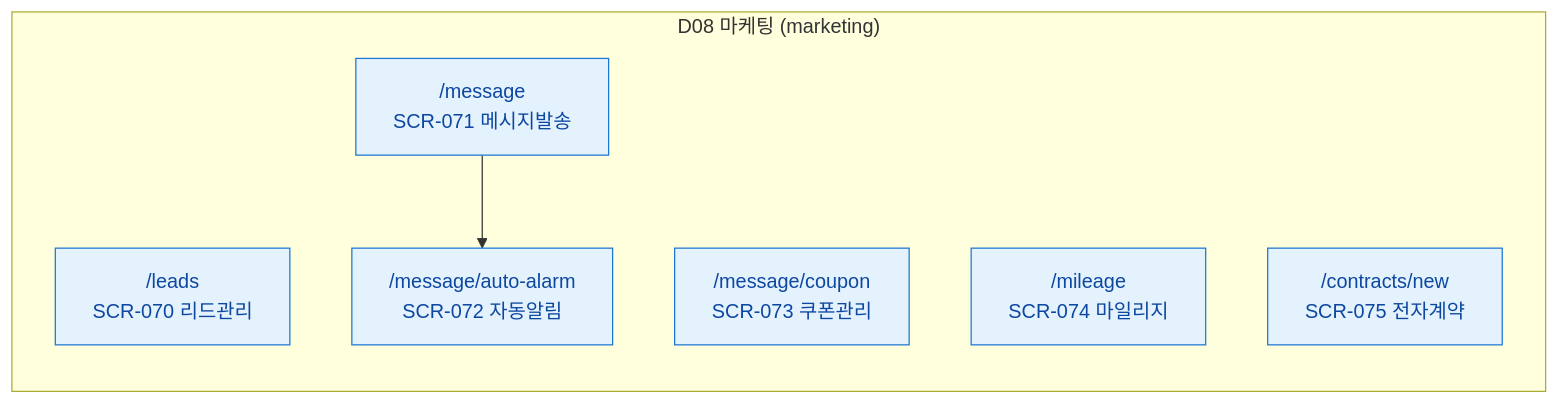
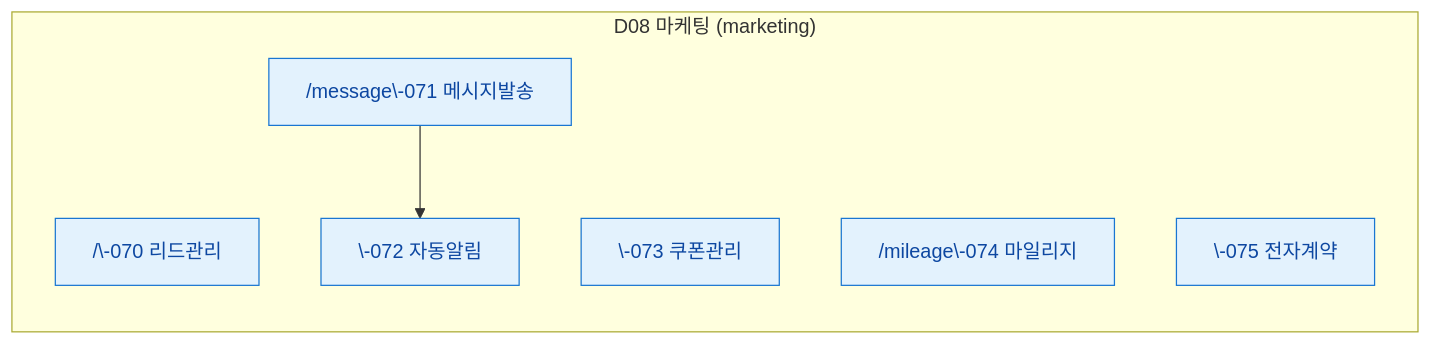
Before and after one commit to dev-spogym/admin-pando: the ninth of 11 diagrams in docs/다이어그램/00_사이트맵/N2_도메인별_사이트맵.md, drawn with Mermaid. The commit also changed other lines of this file and 1660 other files, not shown here.

First line of the commit message:
다이어그램: 기획자/클라이언트 납품본으로 정리

````diff
--- a/docs/다이어그램/00_사이트맵/N2_도메인별_사이트맵.md
+++ b/docs/다이어그램/00_사이트맵/N2_도메인별_사이트맵.md
@@ -222,16 +219,16 @@
 ```mermaid
 flowchart LR
     subgraph D08["D08 마케팅 (marketing)"]
-        SCR070["/leads\nSCR-070 리드관리"]
-        SCR071["/message\nSCR-071 메시지발송"]
-        SCR072["/message/auto-alarm\nSCR-072 자동알림"]
-        SCR073["/message/coupon\nSCR-073 쿠폰관리"]
-        SCR074["/mileage\nSCR-074 마일리지"]
-        SCR075["/contracts/new\nSCR-075 전자계약"]
+        SCR070["/\-070 리드관리"]
+        SCR071["/message\-071 메시지발송"]
+        SCR072["\-072 자동알림"]
+        SCR073["\-073 쿠폰관리"]
+        SCR074["/mileage\-074 마일리지"]
+        SCR075["\-075 전자계약"]
     end
 
     SCR071 --> SCR072
 
     classDef screen fill:#E3F2FD,stroke:#1976D2,color:#0D47A1
     class SCR070,SCR071,SCR072,SCR073,SCR074,SCR075 screen
 ```
````
